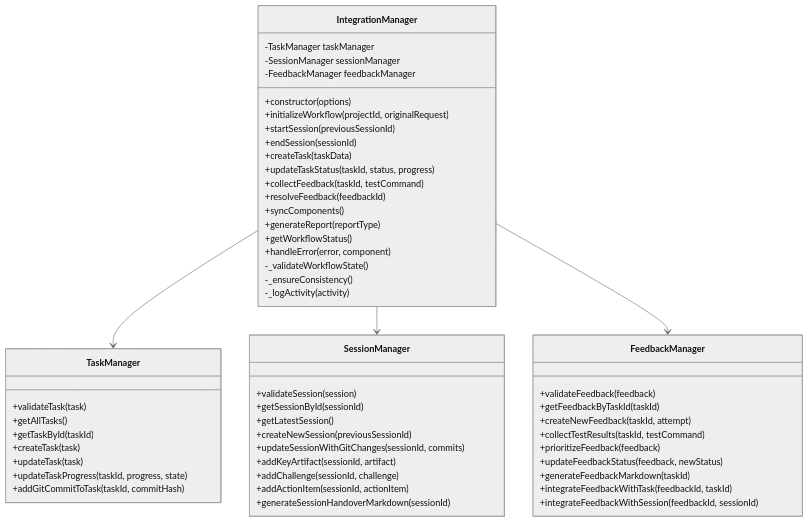
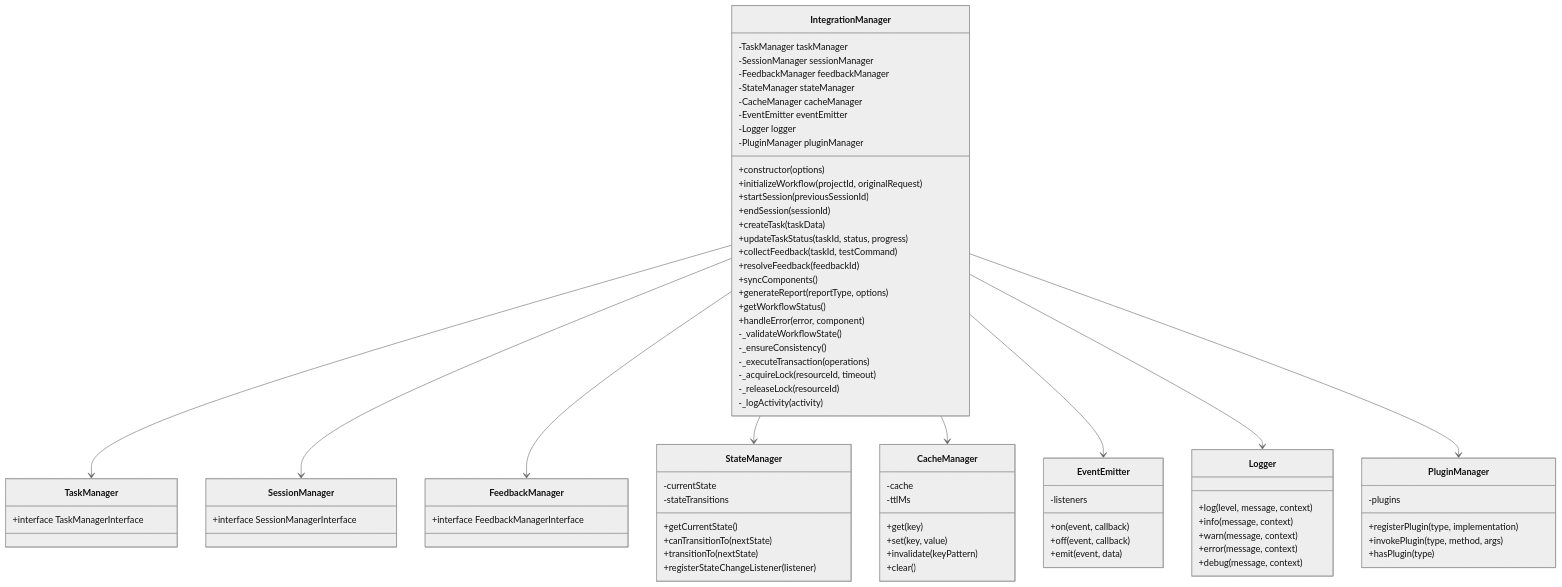
Before and after one commit to kenicf/knoa: the first of 2 diagrams in ai-context/tasks/T010-implementation-strategy.md, drawn with Mermaid (neutral theme). The commit also changed other lines of this file and 16 other files, not shown here.

````diff
--- a/ai-context/tasks/T010-implementation-strategy.md
+++ b/ai-context/tasks/T010-implementation-strategy.md
@@ -81,6 +97,11 @@
         -TaskManager taskManager
         -SessionManager sessionManager
         -FeedbackManager feedbackManager
+        -StateManager stateManager
+        -CacheManager cacheManager
+        -EventEmitter eventEmitter
+        -Logger logger
+        -PluginManager pluginManager
         +constructor(options)
         +initializeWorkflow(projectId, originalRequest)
         +startSession(previousSessionId)
@@ -90,49 +111,75 @@
         +collectFeedback(taskId, testCommand)
         +resolveFeedback(feedbackId)
         +syncComponents()
-        +generateReport(reportType)
+        +generateReport(reportType, options)
         +getWorkflowStatus()
         +handleError(error, component)
         -_validateWorkflowState()
         -_ensureConsistency()
+        -_executeTransaction(operations)
+        -_acquireLock(resourceId, timeout)
+        -_releaseLock(resourceId)
         -_logActivity(activity)
     }
     
     class TaskManager {
-        +validateTask(task)
-        +getAllTasks()
-        +getTaskById(taskId)
-        +createTask(task)
-        +updateTask(task)
-        +updateTaskProgress(taskId, progress, state)
-        +addGitCommitToTask(taskId, commitHash)
+        +interface TaskManagerInterface
     }
     
     class SessionManager {
-        +validateSession(session)
-        +getSessionById(sessionId)
-        +getLatestSession()
-        +createNewSession(previousSessionId)
-        +updateSessionWithGitChanges(sessionId, commits)
-        +addKeyArtifact(sessionId, artifact)
-        +addChallenge(sessionId, challenge)
-        +addActionItem(sessionId, actionItem)
-        +generateSessionHandoverMarkdown(sessionId)
+        +interface SessionManagerInterface
     }
     
     class FeedbackManager {
-        +validateFeedback(feedback)
-        +getFeedbackByTaskId(taskId)
-        +createNewFeedback(taskId, attempt)
-        +collectTestResults(taskId, testCommand)
-        +prioritizeFeedback(feedback)
-        +updateFeedbackStatus(feedback, newStatus)
-        +generateFeedbackMarkdown(taskId)
-        +integrateFeedbackWithTask(feedbackId, taskId)
-        +integrateFeedbackWithSession(feedbackId, sessionId)
+        +interface FeedbackManagerInterface
+    }
+    
+    class StateManager {
+        -currentState
+        -stateTransitions
+        +getCurrentState()
+        +canTransitionTo(nextState)
+        +transitionTo(nextState)
+        +registerStateChangeListener(listener)
+    }
+    
+    class CacheManager {
+        -cache
+        -ttlMs
+        +get(key)
+        +set(key, value)
+        +invalidate(keyPattern)
+        +clear()
+    }
+    
+    class EventEmitter {
+        -listeners
+        +on(event, callback)
+        +off(event, callback)
+        +emit(event, data)
+    }
+    
+    class Logger {
+        +log(level, message, context)
+        +info(message, context)
+        +warn(message, context)
+        +error(message, context)
+        +debug(message, context)
+    }
+    
+    class PluginManager {
+        -plugins
+        +registerPlugin(type, implementation)
+        +invokePlugin(type, method, args)
+        +hasPlugin(type)
     }
     
     IntegrationManager --> TaskManager
     IntegrationManager --> SessionManager
     IntegrationManager --> FeedbackManager
+    IntegrationManager --> StateManager
+    IntegrationManager --> CacheManager
+    IntegrationManager --> EventEmitter
+    IntegrationManager --> Logger
+    IntegrationManager --> PluginManager
 ```
````
